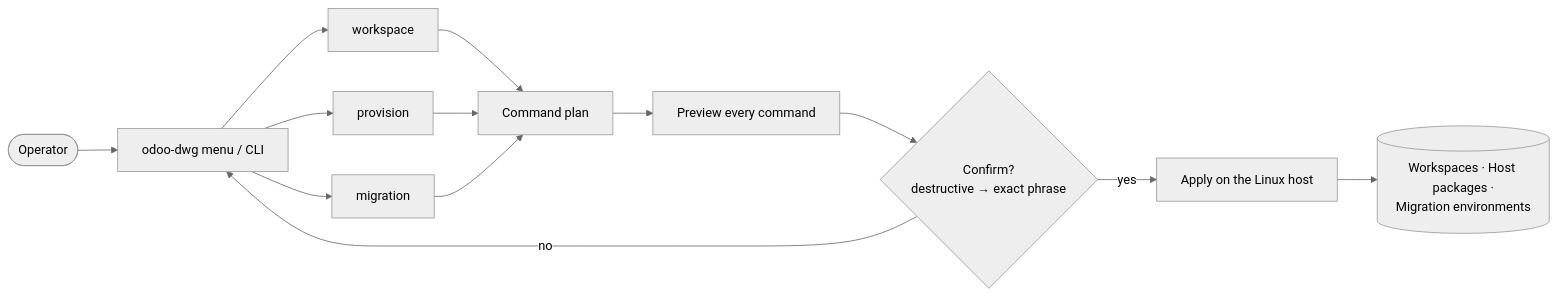
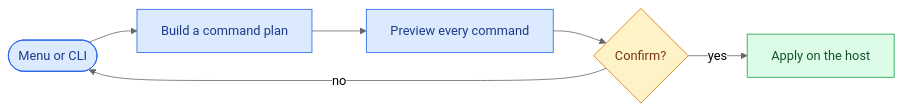
The first of 2 diagrams in README.md (grojof/odoo_dev_workspace_generator), drawn with Mermaid (neutral theme) before and after one commit. The commit also changed other lines of this file and 16 other files, not shown here.

First line of the commit message:
docs: a README map with a task index, diagrams and tagged pages

````diff
--- a/README.md
+++ b/README.md
@@ -17,13 +27,12 @@
 ```mermaid
 flowchart LR
-    OP([Operator]) --> CLI[odoo-dwg menu / CLI]
-    CLI --> W[workspace]
-    CLI --> P[provision]
-    CLI --> M[migration]
-    W & P & M --> PLAN[Command plan]
-    PLAN --> PREVIEW[Preview every command]
-    PREVIEW --> CONFIRM{Confirm?\ndestructive → exact phrase}
-    CONFIRM -- yes --> APPLY[Apply on the Linux host]
-    CONFIRM -- no --> CLI
-    APPLY --> OUT[(Workspaces · Host packages ·\nMigration environments)]
+    A([Menu or CLI]) --> B[Build a command plan] --> C[Preview every command] --> D{Confirm?}
+    D -- yes --> E[Apply on the host]
+    D -- no --> A
+    classDef step fill:#dbeafe,stroke:#2563eb,color:#1e3a8a
+    classDef ask fill:#fef3c7,stroke:#d97706,color:#78350f
+    classDef act fill:#dcfce7,stroke:#16a34a,color:#14532d
+    class A,B,C step
+    class D ask
+    class E act
 ```
````
